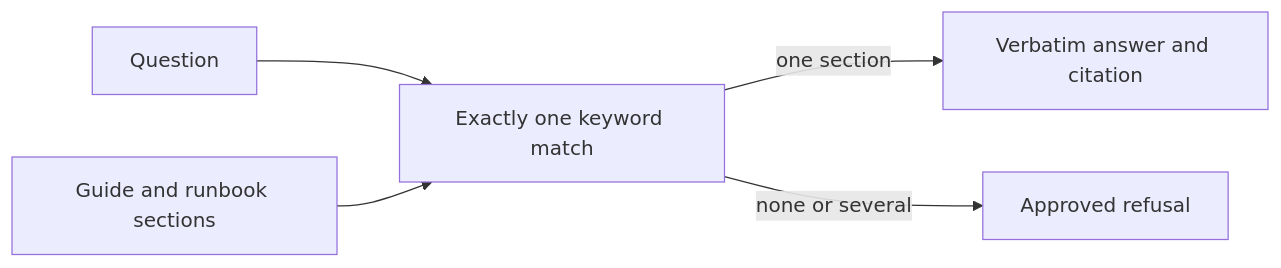
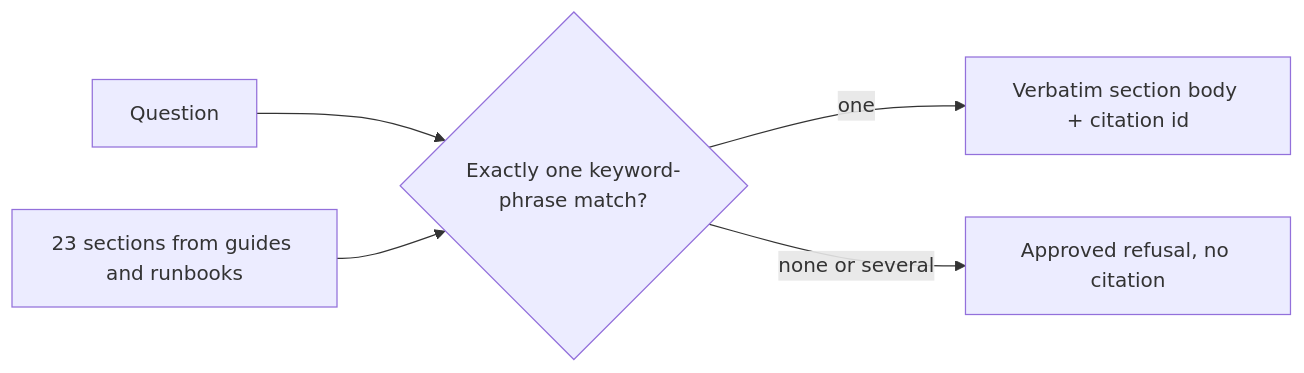
The fourth of 4 diagrams in README.md (NileshModlier/Salesforce-Org-Operations-Release-Management), drawn with Mermaid before and after one commit. The commit also changed other lines of this file and 14 other files, not shown here.

````diff
--- a/README.md
+++ b/README.md
@@ -348,12 +345,7 @@
 ```mermaid
 flowchart LR
-  question[Question]
-  sections[Guide and runbook sections]
-  match[Exactly one keyword match]
-  reply[Verbatim answer and citation]
-  refusal[Approved refusal]
-  question --> match
-  sections --> match
-  match -->|one section| reply
-  match -->|none or several| refusal
+  q[Question] --> m{Exactly one keyword-phrase match?}
+  s[23 sections from guides and runbooks] --> m
+  m -->|one| a[Verbatim section body + citation id]
+  m -->|none or several| r[Approved refusal, no citation]
 ```
````
